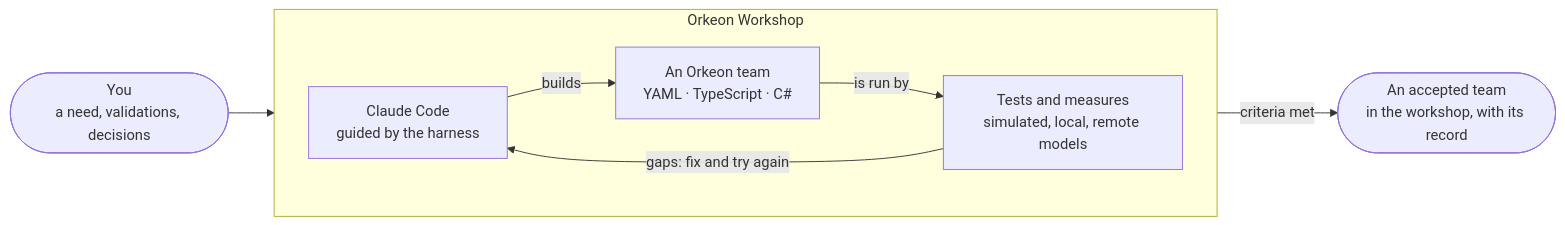
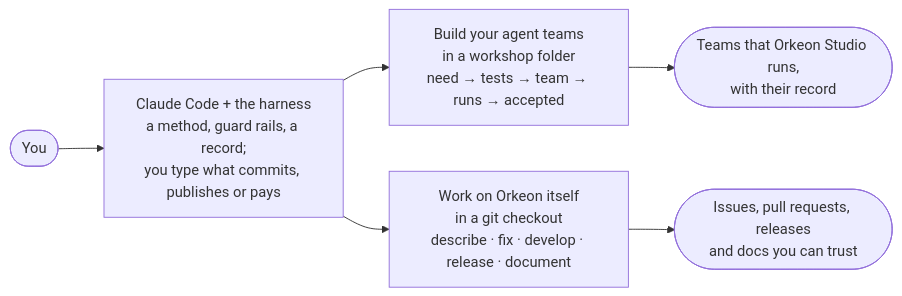
The diagram in README.md (Orkeon/orkeon-workshop), drawn with Mermaid before and after one commit. The commit also changed other lines of this file and 82 other files, not shown here.

````diff
--- a/README.md
+++ b/README.md
@@ -25,16 +27,8 @@
 ```mermaid
 flowchart LR
-    you(["You<br/>a need, validations, decisions"])
-    subgraph ws["Orkeon Workshop"]
-        direction LR
-        claude["Claude Code<br/>guided by the harness"]
-        team["An Orkeon team<br/>YAML · TypeScript · C#"]
-        bench["Tests and measures<br/>simulated, local, remote models"]
-        claude -->|"builds"| team
-        team -->|"is run by"| bench
-        bench -->|"gaps: fix and try again"| claude
-    end
-    done(["An accepted team<br/>in the workshop, with its record"])
-    you --> claude
-    bench -->|"criteria met"| done
+    you(["You"]) --> harness["Claude Code + the harness<br/>a method, guard rails, a record;<br/>you type what commits, publishes or pays"]
+    harness --> teams["Build your agent teams<br/>in a workshop folder<br/>need → tests → team → runs → accepted"]
+    harness --> orkeon["Work on Orkeon itself<br/>in a git checkout<br/>describe · fix · develop · release · document"]
+    teams --> studio(["Teams that Orkeon Studio runs,<br/>with their record"])
+    orkeon --> prs(["Issues, pull requests, releases<br/>and docs you can trust"])
 ```
````
